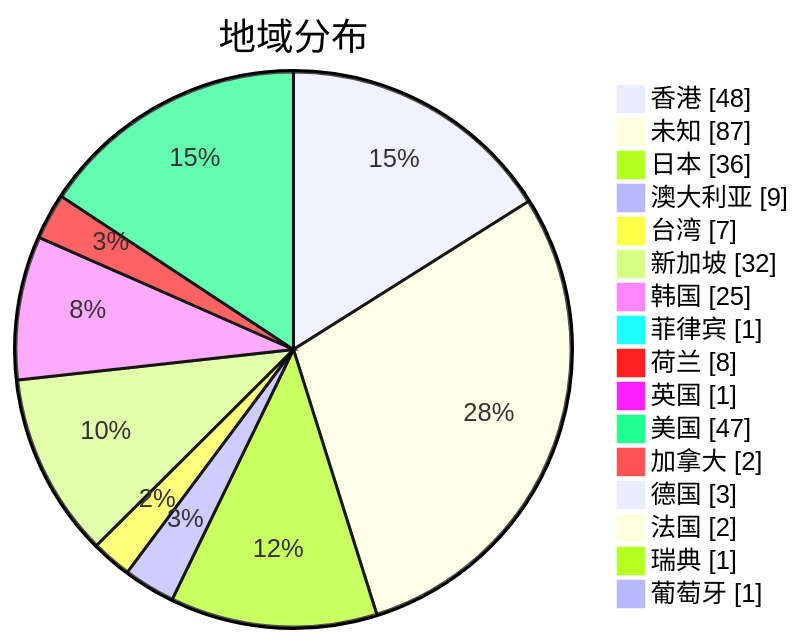
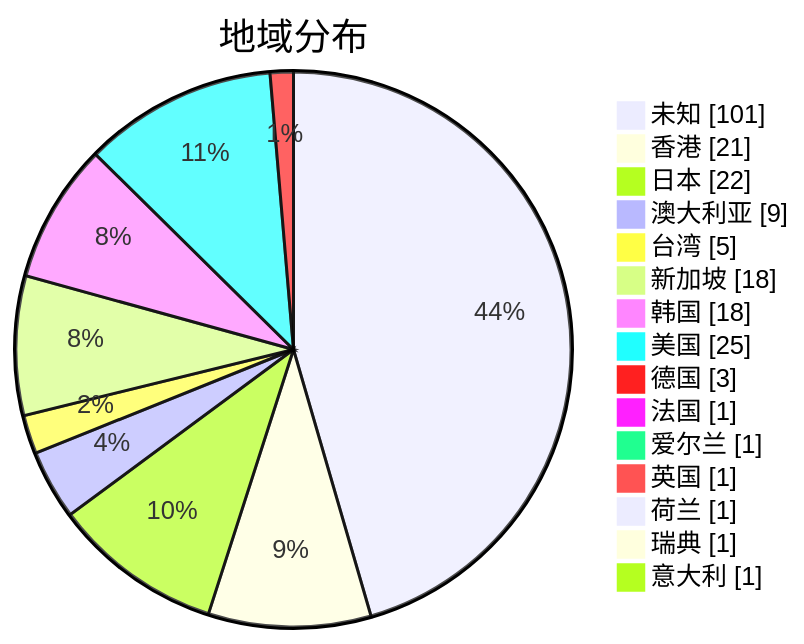
Before and after one commit to qjlxg/airport: the second of 3 diagrams in subs/statistics/tested_within.md, drawn with Mermaid. The commit also changed other lines of this file and 2 other files, not shown here.

Commit message:
Tested by metaST

````diff
--- a/subs/statistics/tested_within.md
+++ b/subs/statistics/tested_within.md
@@ -12,20 +12,19 @@
 ```mermaid
 pie showData
 title 地域分布
-"香港" : 48
-"未知" : 87
-"日本" : 36
+"未知" : 101
+"香港" : 21
+"日本" : 22
 "澳大利亚" : 9
-"台湾" : 7
-"新加坡" : 32
-"韩国" : 25
-"菲律宾" : 1
-"荷兰" : 8
+"台湾" : 5
+"新加坡" : 18
+"韩国" : 18
+"美国" : 25
+"德国" : 3
+"法国" : 1
+"爱尔兰" : 1
 "英国" : 1
-"美国" : 47
-"加拿大" : 2
-"德国" : 3
-"法国" : 2
+"荷兰" : 1
 "瑞典" : 1
-"葡萄牙" : 1
+"意大利" : 1
 ```
````
